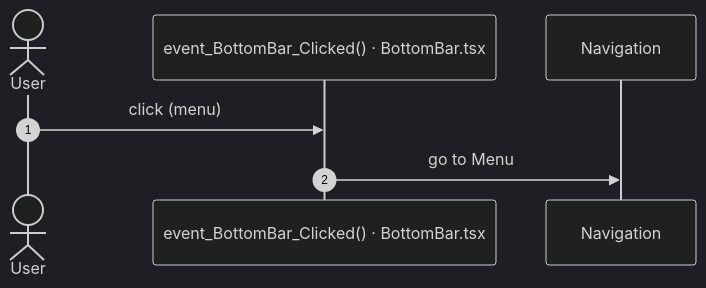
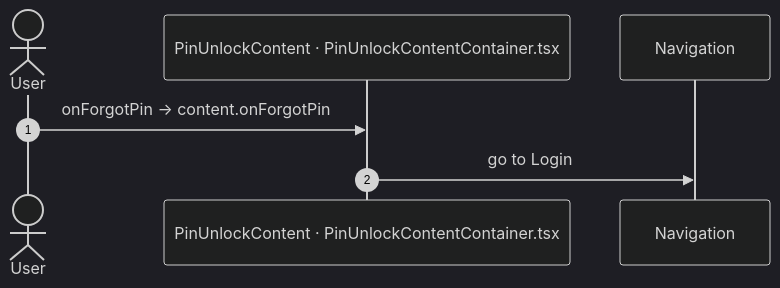
Before and after one commit to Phoenix-DX/connect-new-ui: diagram 11 of 13 in migration/route-actions/APP_SHELL.md, drawn with Mermaid (dark theme). The commit also changed other lines of this file and 9 other files, not shown here.

Commit message:
route actions: facts only; user actions as two independent lists (OutSystems view bindings, React JSX bindings) with Mermaid sequences; factual call columns (direct caller, chains, React references); app shell by definition (survey shell, main.tsx code); constants read for React paths

````diff
--- a/migration/route-actions/APP_SHELL.md
+++ b/migration/route-actions/APP_SHELL.md
@@ -282,9 +250,9 @@
 ```mermaid
 sequenceDiagram
   autonumber
   actor U as User
-  participant H as event_BottomBar_Clicked() · BottomBar.tsx
+  participant H as PinUnlockContent · PinUnlockContentContainer.tsx
   participant N as Navigation
-  U->>H: click (menu)
-  H->>N: go to Menu
+  U->>H: onForgotPin → content.onForgotPin
+  H->>N: go to Login
 ```
````
